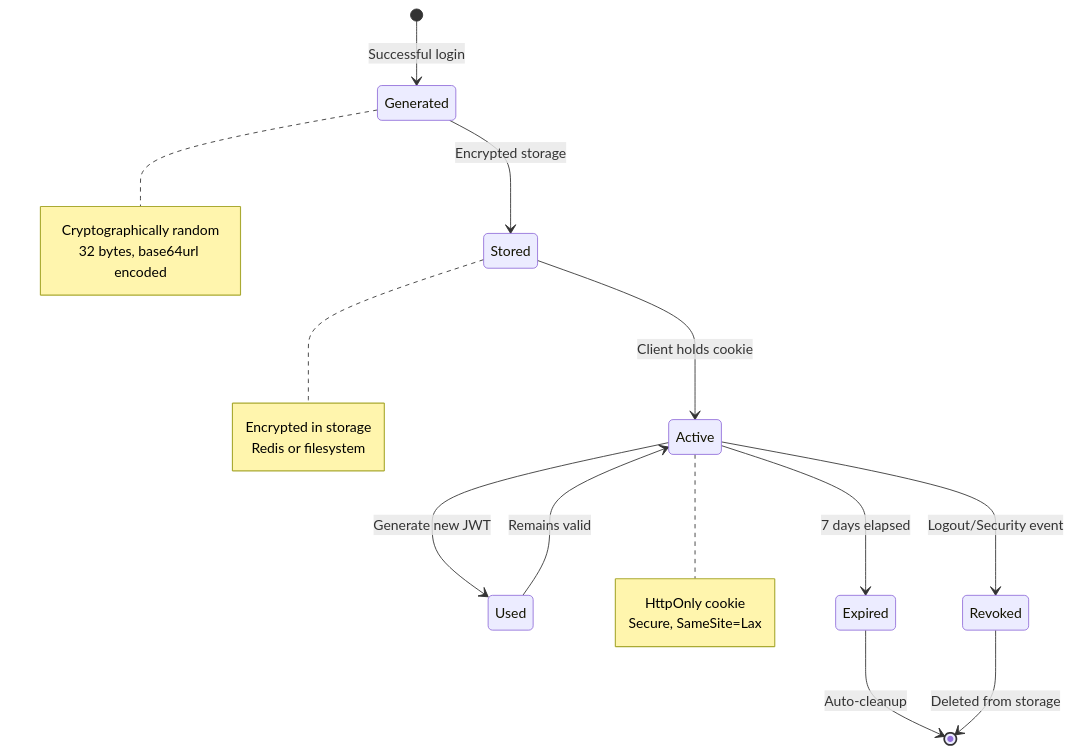
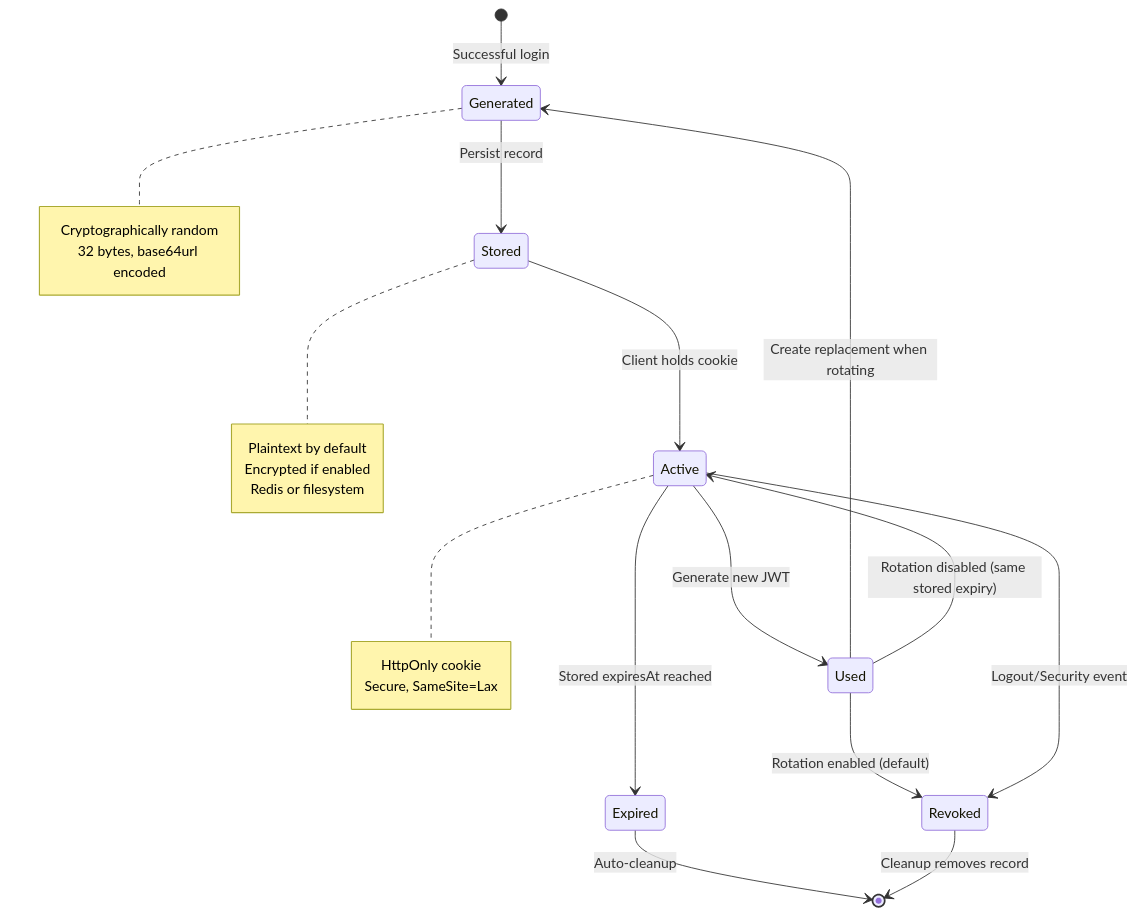
The fifth of 5 diagrams in docs/architecture/token-lifecycle.md (peterbud/nuxt-aegis), drawn with Mermaid before and after one commit. The commit also changed other lines of this file and 4 other files, not shown here.

Commit message:
docs: refactor and review all architecture docs

````diff
--- a/docs/architecture/token-lifecycle.md
+++ b/docs/architecture/token-lifecycle.md
@@ -246,27 +207,30 @@
 ```mermaid
 stateDiagram-v2
     [*] --> Generated: Successful login
-    Generated --> Stored: Encrypted storage
+  Generated --> Stored: Persist record
     Stored --> Active: Client holds cookie
     Active --> Used: Generate new JWT
-    Used --> Active: Remains valid
-    Active --> Expired: 7 days elapsed
+    Used --> Revoked: Rotation enabled (default)
+    Used --> Generated: Create replacement when rotating
+    Used --> Active: Rotation disabled (same stored expiry)
+    Active --> Expired: Stored expiresAt reached
     Expired --> [*]: Auto-cleanup
     Active --> Revoked: Logout/Security event
-    Revoked --> [*]: Deleted from storage
+    Revoked --> [*]: Cleanup removes record
     
     note right of Generated
         Cryptographically random
         32 bytes, base64url encoded
     end note
     
     note right of Stored
-        Encrypted in storage
+      Plaintext by default
+      Encrypted if enabled
         Redis or filesystem
     end note
     
     note right of Active
         HttpOnly cookie
         Secure, SameSite=Lax
     end note
 ```
````
